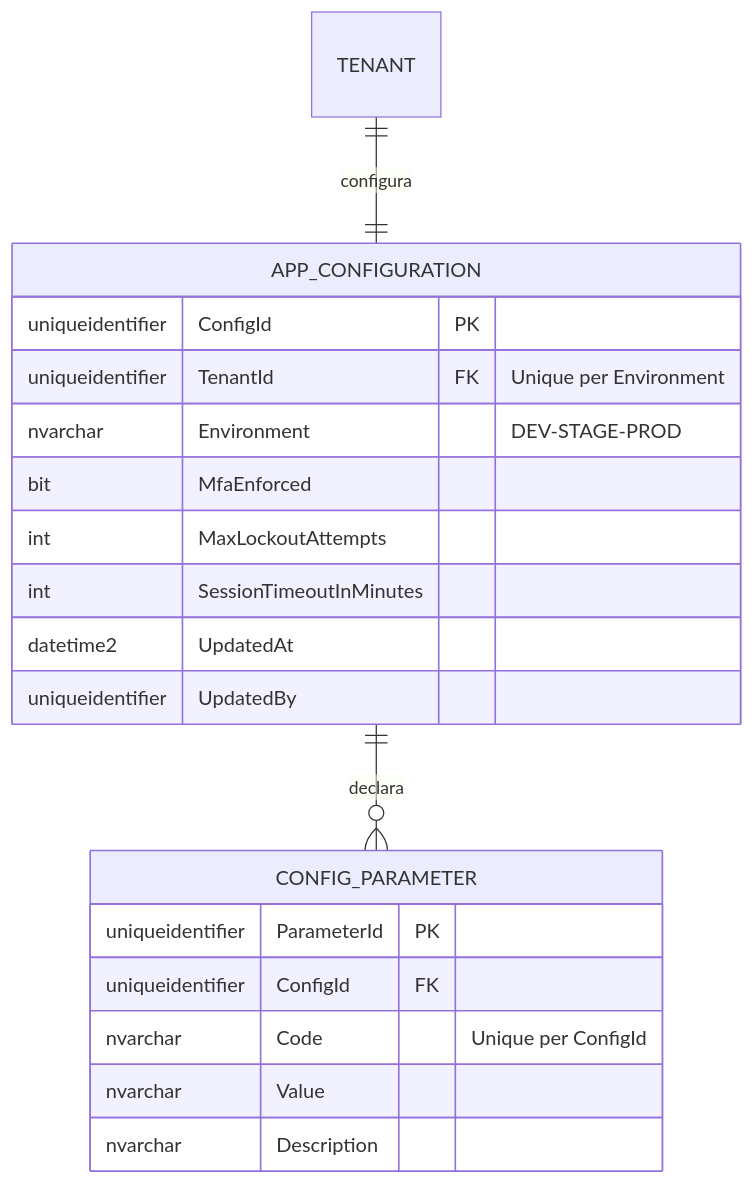
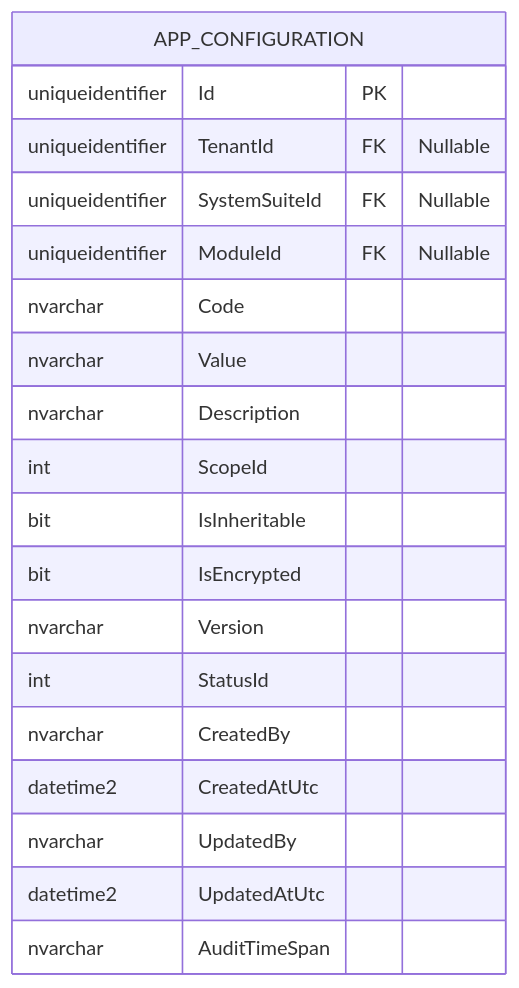
Before and after one commit to beyondnetcode/ums: the third of 3 diagrams in docs/domain-es/configuration/app-configuration.md, drawn with Mermaid. The commit also changed other lines of this file and 19 other files, not shown here.

````diff
--- a/docs/domain-es/configuration/app-configuration.md
+++ b/docs/domain-es/configuration/app-configuration.md
@@ -132,23 +128,22 @@
 ```mermaid
 erDiagram
-    TENANT ||--|| APP_CONFIGURATION : "configura"
-    APP_CONFIGURATION ||--o{ CONFIG_PARAMETER : "declara"
-
     APP_CONFIGURATION {
-        uniqueidentifier ConfigId PK
-        uniqueidentifier TenantId FK "Unique per Environment"
-        nvarchar Environment "DEV-STAGE-PROD"
-        bit MfaEnforced
-        int MaxLockoutAttempts
-        int SessionTimeoutInMinutes
-        datetime2 UpdatedAt
-        uniqueidentifier UpdatedBy
-    }
-    CONFIG_PARAMETER {
-        uniqueidentifier ParameterId PK
-        uniqueidentifier ConfigId FK
-        nvarchar Code "Unique per ConfigId"
+        uniqueidentifier Id PK
+        uniqueidentifier TenantId FK "Nullable"
+        uniqueidentifier SystemSuiteId FK "Nullable"
+        uniqueidentifier ModuleId FK "Nullable"
+        nvarchar Code
         nvarchar Value
         nvarchar Description
+        int ScopeId
+        bit IsInheritable
+        bit IsEncrypted
+        nvarchar Version
+        int StatusId
+        nvarchar CreatedBy
+        datetime2 CreatedAtUtc
+        nvarchar UpdatedBy
+        datetime2 UpdatedAtUtc
+        nvarchar AuditTimeSpan
     }
 ```
````
